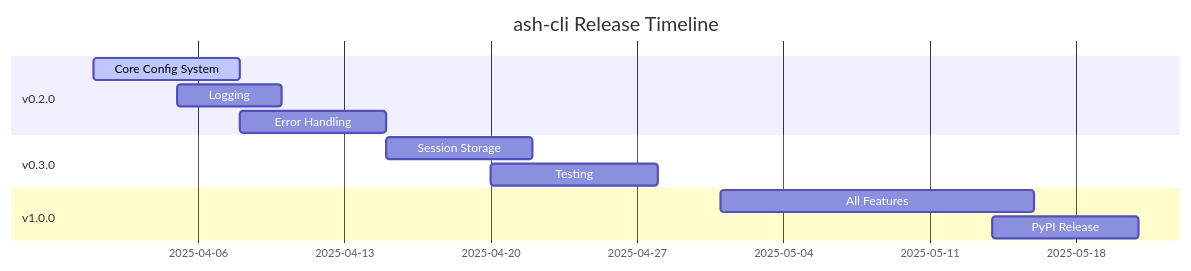
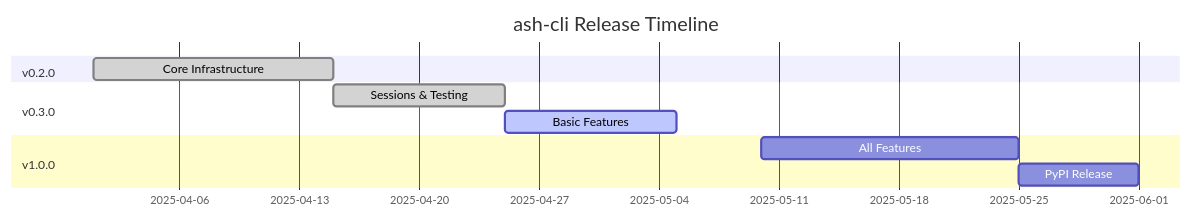
The eighth of 8 diagrams in ROADMAP.md (Miguel-EpicJS/ash-cli), drawn with Mermaid before and after one commit. The commit also changed other lines of this file and 2 other files, not shown here.

````diff
--- a/ROADMAP.md
+++ b/ROADMAP.md
@@ -295,18 +296,16 @@
 ```mermaid
 gantt
     title ash-cli Release Timeline
     dateFormat  YYYY-MM-DD
     
     section v0.2.0
-    Core Config System       :active, 2025-04-01, 7d
-    Logging                 :2025-04-05, 5d
-    Error Handling          :2025-04-08, 7d
+    Core Infrastructure    :done, 2025-04-01, 14d
     
     section v0.3.0
-    Session Storage         :2025-04-15, 7d
-    Testing                 :2025-04-20, 8d
+    Sessions & Testing     :done, 2025-04-15, 10d
+    Basic Features         :active, 2025-04-25, 10d
     
     section v1.0.0
-    All Features            :2025-05-01, 15d
-    PyPI Release            :2025-05-14, 7d
+    All Features            :2025-05-10, 15d
+    PyPI Release            :2025-05-25, 7d
 ```
````
